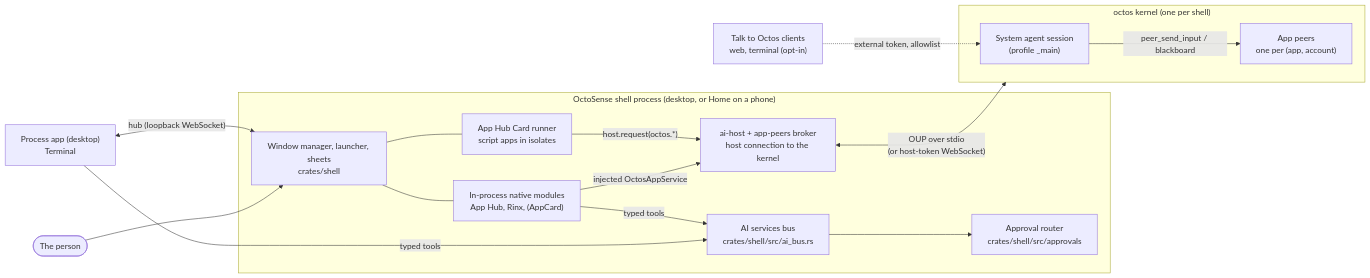
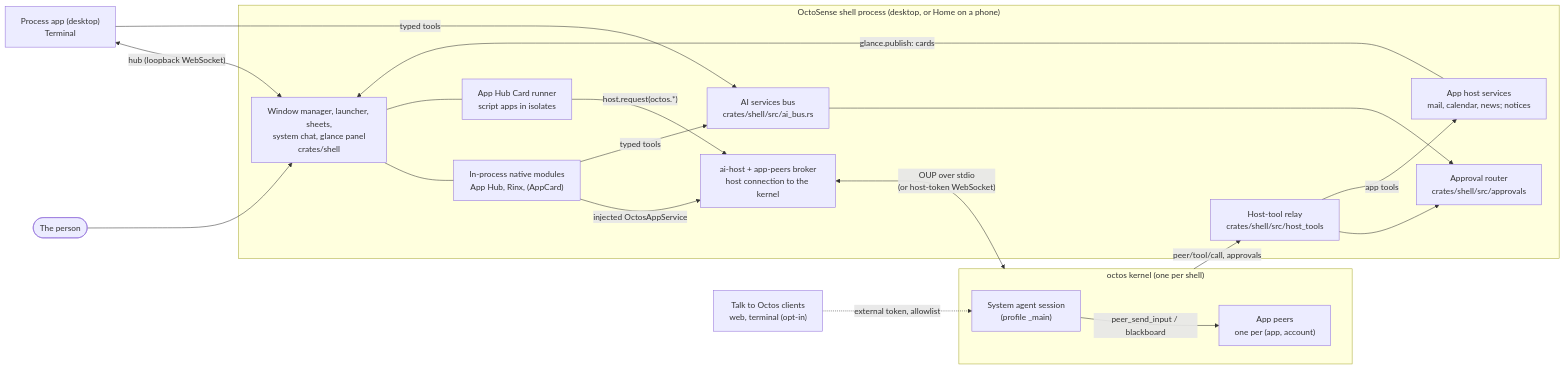
Before and after one commit to OctoSense-org/OctoSense: the first of 5 diagrams in docs/architecture.md, drawn with Mermaid. The commit also changed other lines of this file and 1 other file, not shown here.

First line of the commit message:
docs(architecture): bring the page up to main's code (on top of #275)

````diff
--- a/docs/architecture.md
+++ b/docs/architecture.md
@@ -37,30 +37,36 @@
 ```mermaid
 flowchart LR
   person(["The person"])
   subgraph shellp["OctoSense shell process (desktop, or Home on a phone)"]
-    wm["Window manager, launcher, sheets<br/>crates/shell"]
+    wm["Window manager, launcher, sheets,<br/>system chat, glance panel<br/>crates/shell"]
     mods["In-process native modules<br/>App Hub, Rinx, (AppCard)"]
     runner["App Hub Card runner<br/>script apps in isolates"]
     router["Approval router<br/>crates/shell/src/approvals"]
     aihost["ai-host + app-peers broker<br/>host connection to the kernel"]
+    relay["Host-tool relay<br/>crates/shell/src/host_tools"]
+    svc["App host services<br/>mail, calendar, news; notices"]
     bus["AI services bus<br/>crates/shell/src/ai_bus.rs"]
   end
   term["Process app (desktop)<br/>Terminal"]
   subgraph kern["octos kernel (one per shell)"]
     sys["System agent session<br/>(profile _main)"]
     peers["App peers<br/>one per (app, account)"]
   end
   ext["Talk to Octos clients<br/>web, terminal (opt-in)"]
   person --> wm
   wm --- mods
   wm --- runner
   term <-->|"hub (loopback WebSocket)"| wm
   mods -- "injected OctosAppService" --> aihost
   runner -- "host.request(octos.*)" --> aihost
   aihost <-->|"OUP over stdio<br/>(or host-token WebSocket)"| kern
   sys -- "peer_send_input / blackboard" --> peers
   ext -. "external token, allowlist" .-> sys
+  kern -- "peer/tool/call, approvals" --> relay
+  relay --> router
+  relay -- "app tools" --> svc
+  svc -- "glance.publish: cards" --> wm
   term -- "typed tools" --> bus
   mods -- "typed tools" --> bus
   bus --> router
 ```
````
